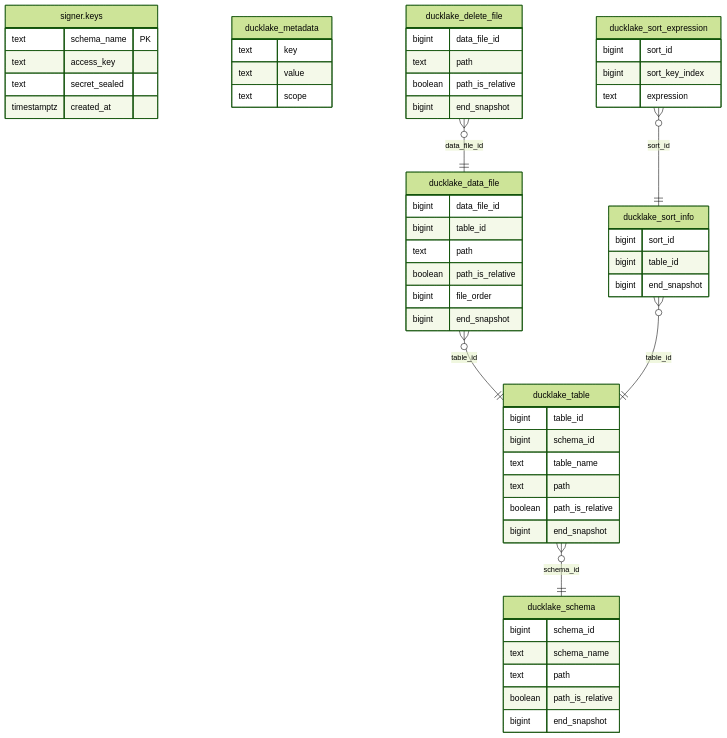
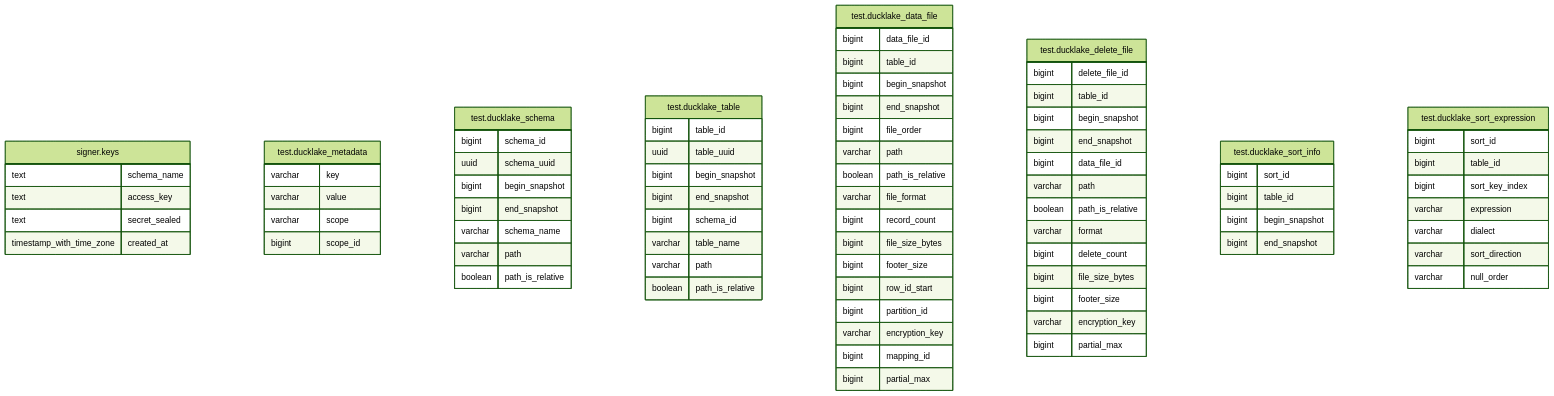
The third of 4 diagrams in docs/model.md (prefeitura-rio/data-proxy), drawn with Mermaid (forest theme) before and after one commit. The commit also changed other lines of this file and 67 other files, not shown here.

Commit message:
docs: generate the data model diagrams and tidy the wiki

````diff
--- a/docs/model.md
+++ b/docs/model.md
@@ -316,59 +383,85 @@
 ```mermaid
 %% Catalog database tables
 erDiagram
-  signer_keys["signer.keys"] {
-    text schema_name PK
-    text access_key
-    text secret_sealed
-    timestamptz created_at
-  }
-  metadata_ducklake_metadata["ducklake_metadata"] {
-    text key
-    text value
-    text scope
-  }
-  metadata_ducklake_schema["ducklake_schema"] {
-    bigint schema_id
-    text schema_name
-    text path
-    boolean path_is_relative
-    bigint end_snapshot
-  }
-  metadata_ducklake_table["ducklake_table"] {
-    bigint table_id
-    bigint schema_id
-    text table_name
-    text path
-    boolean path_is_relative
-    bigint end_snapshot
-  }
-  metadata_ducklake_data_file["ducklake_data_file"] {
-    bigint data_file_id
-    bigint table_id
-    text path
-    boolean path_is_relative
-    bigint file_order
-    bigint end_snapshot
-  }
-  metadata_ducklake_delete_file["ducklake_delete_file"] {
-    bigint data_file_id
-    text path
-    boolean path_is_relative
-    bigint end_snapshot
-  }
-  metadata_ducklake_sort_info["ducklake_sort_info"] {
-    bigint sort_id
-    bigint table_id
-    bigint end_snapshot
-  }
-  metadata_ducklake_sort_expression["ducklake_sort_expression"] {
-    bigint sort_id
-    bigint sort_key_index
-    text expression
-  }
-  metadata_ducklake_table }o--|| metadata_ducklake_schema : "schema_id"
-  metadata_ducklake_data_file }o--|| metadata_ducklake_table : "table_id"
-  metadata_ducklake_delete_file }o--|| metadata_ducklake_data_file : "data_file_id"
-  metadata_ducklake_sort_info }o--|| metadata_ducklake_table : "table_id"
-  metadata_ducklake_sort_expression }o--|| metadata_ducklake_sort_info : "sort_id"
+
+
+"signer.keys" {
+  text schema_name
+  text access_key
+  text secret_sealed
+  timestamp_with_time_zone created_at
+}
+"test.ducklake_metadata" {
+  varchar key
+  varchar value
+  varchar scope
+  bigint scope_id
+}
+"test.ducklake_schema" {
+  bigint schema_id
+  uuid schema_uuid
+  bigint begin_snapshot
+  bigint end_snapshot
+  varchar schema_name
+  varchar path
+  boolean path_is_relative
+}
+"test.ducklake_table" {
+  bigint table_id
+  uuid table_uuid
+  bigint begin_snapshot
+  bigint end_snapshot
+  bigint schema_id
+  varchar table_name
+  varchar path
+  boolean path_is_relative
+}
+"test.ducklake_data_file" {
+  bigint data_file_id
+  bigint table_id
+  bigint begin_snapshot
+  bigint end_snapshot
+  bigint file_order
+  varchar path
+  boolean path_is_relative
+  varchar file_format
+  bigint record_count
+  bigint file_size_bytes
+  bigint footer_size
+  bigint row_id_start
+  bigint partition_id
+  varchar encryption_key
+  bigint mapping_id
+  bigint partial_max
+}
+"test.ducklake_delete_file" {
+  bigint delete_file_id
+  bigint table_id
+  bigint begin_snapshot
+  bigint end_snapshot
+  bigint data_file_id
+  varchar path
+  boolean path_is_relative
+  varchar format
+  bigint delete_count
+  bigint file_size_bytes
+  bigint footer_size
+  varchar encryption_key
+  bigint partial_max
+}
+"test.ducklake_sort_info" {
+  bigint sort_id
+  bigint table_id
+  bigint begin_snapshot
+  bigint end_snapshot
+}
+"test.ducklake_sort_expression" {
+  bigint sort_id
+  bigint table_id
+  bigint sort_key_index
+  varchar expression
+  varchar dialect
+  varchar sort_direction
+  varchar null_order
+}
 ```
````
